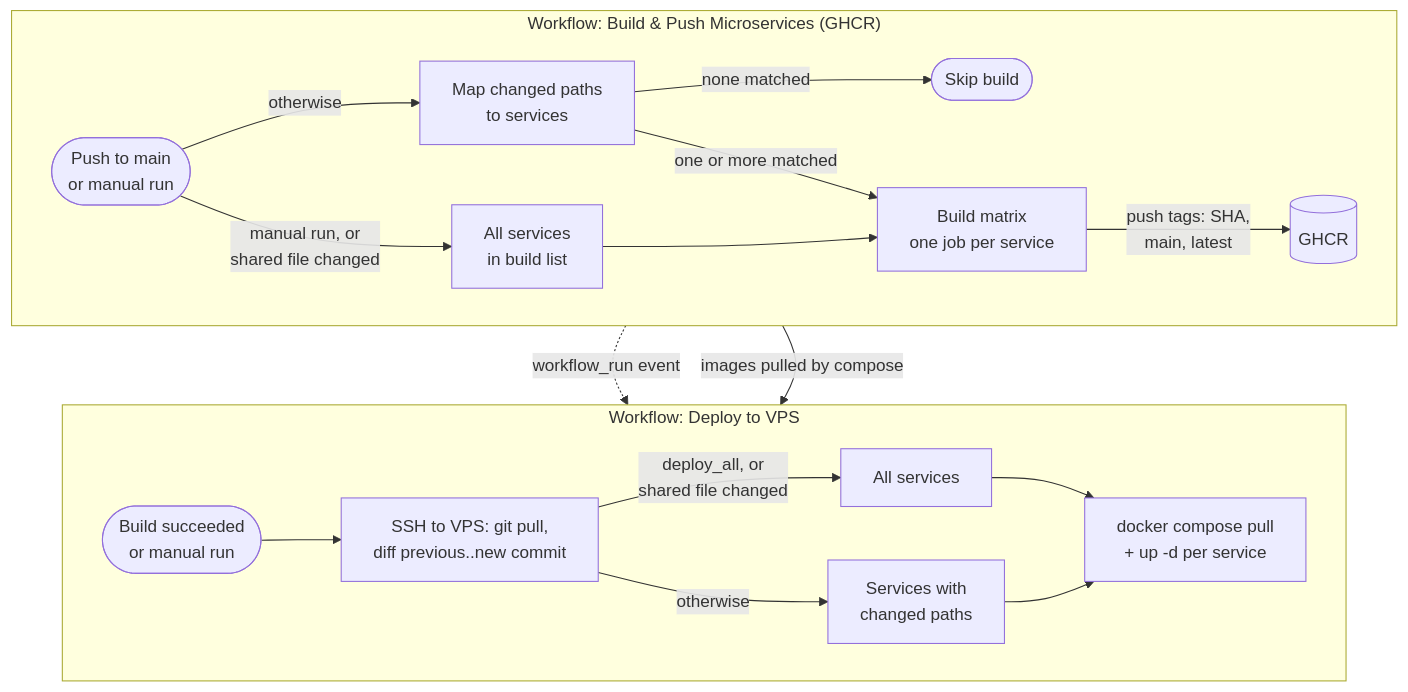
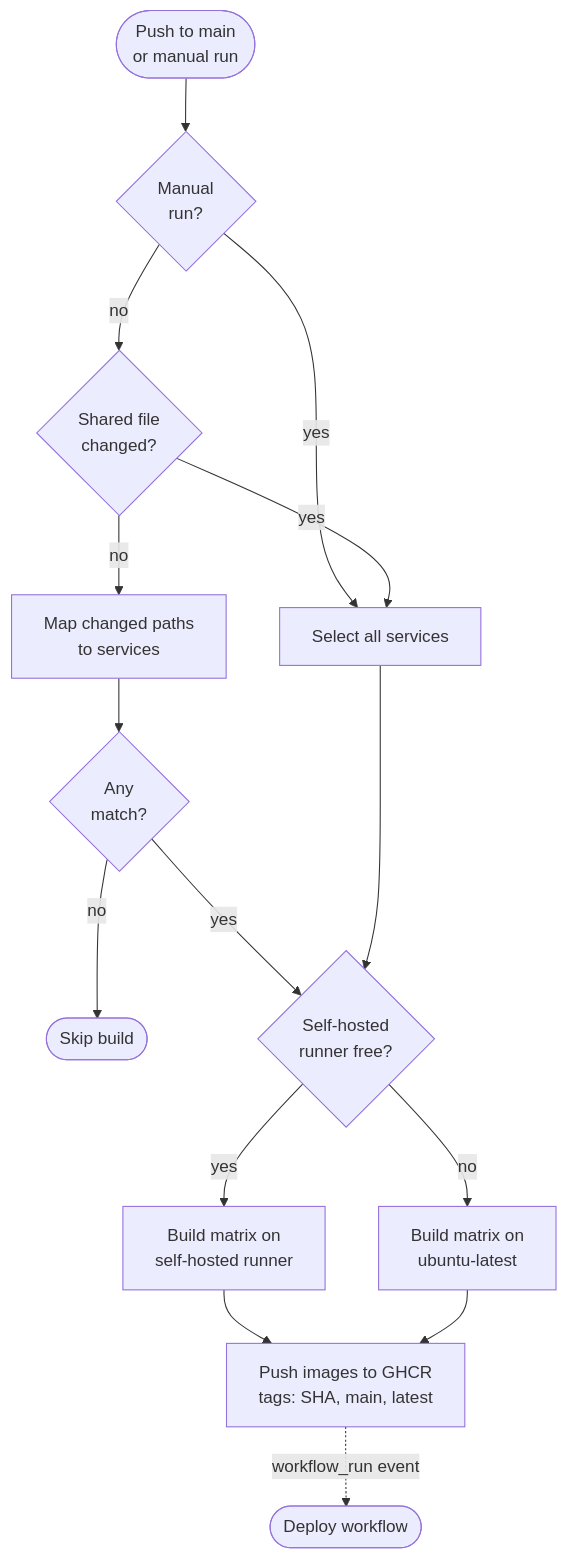
Before and after one commit to anht04/psychology-support-microservices: the seventh of 8 diagrams in README.md, drawn with Mermaid. The commit also changed other lines of this file, not shown here.

First line of the commit message:
Enhance README with updated flowcharts and workflows

````diff
--- a/README.md
+++ b/README.md
@@ -284,24 +318,17 @@
 ```mermaid
-flowchart TB
-    subgraph build["Workflow: Build & Push Microservices (GHCR)"]
-        direction LR
-        trigger(["Push to main<br/>or manual run"]) -->|"manual run, or<br/>shared file changed"| all["All services<br/>in build list"]
-        trigger -->|"otherwise"| map["Map changed paths<br/>to services"]
-        map -->|"none matched"| skip(["Skip build"])
-        map -->|"one or more matched"| matrix["Build matrix<br/>one job per service"]
-        all --> matrix
-        matrix -->|"push tags: SHA,<br/>main, latest"| ghcr[("GHCR")]
-    end
-
-    subgraph deploy["Workflow: Deploy to VPS"]
-        direction LR
-        start2(["Build succeeded<br/>or manual run"]) --> ssh["SSH to VPS: git pull,<br/>diff previous..new commit"]
-        ssh -->|"deploy_all, or<br/>shared file changed"| every["All services"]
-        ssh -->|"otherwise"| changed["Services with<br/>changed paths"]
-        every --> up["docker compose pull<br/>+ up -d per service"]
-        changed --> up
-    end
-
-    matrix -.->|"workflow_run event"| start2
-    ghcr -->|"images pulled by compose"| up
+flowchart TD
+    trigger(["Push to main<br/>or manual run"]) --> manual{"Manual<br/>run?"}
+    manual -->|yes| all["Select all services"]
+    manual -->|no| shared{"Shared file<br/>changed?"}
+    shared -->|yes| all
+    shared -->|no| map["Map changed paths<br/>to services"]
+    map --> any{"Any<br/>match?"}
+    any -->|no| skip(["Skip build"])
+    any -->|yes| runner
+    all --> runner{"Self-hosted<br/>runner free?"}
+    runner -->|yes| selfHosted["Build matrix on<br/>self-hosted runner"]
+    runner -->|no| hosted["Build matrix on<br/>ubuntu-latest"]
+    selfHosted --> push["Push images to GHCR<br/>tags: SHA, main, latest"]
+    hosted --> push
+    push -.->|"workflow_run event"| deployWf(["Deploy workflow"])
 ```
````
